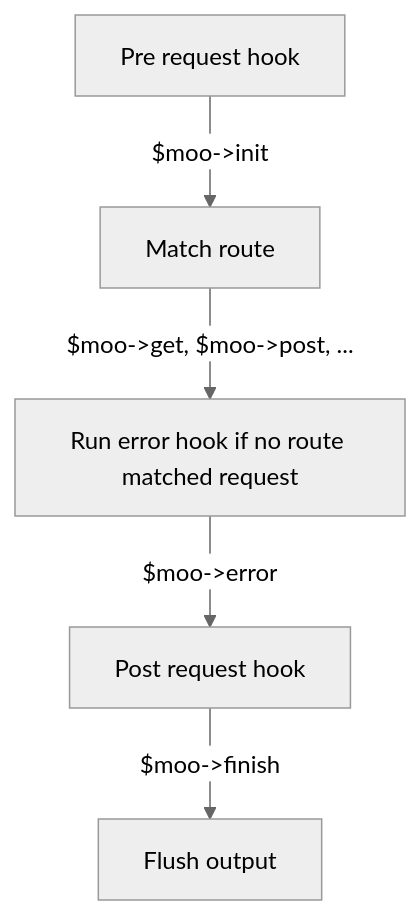
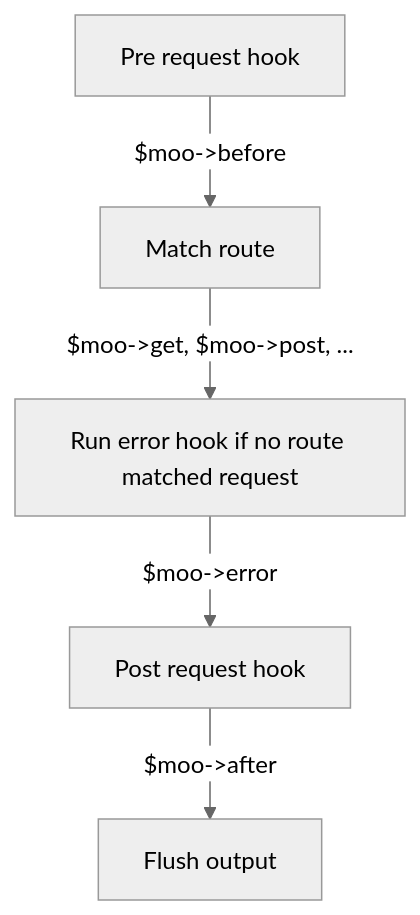
The diagram in README.md (loskoderos/moo), drawn with Mermaid (neutral theme) before and after one commit. The commit also changed other lines of this file and 3 other files, not shown here.

Commit message:
Refactor init -> before, finish -> after

````diff
--- a/README.md
+++ b/README.md
@@ -99,13 +99,13 @@
 ```mermaid
 
   flowchart TD
-    init["Pre request hook"]
+    before["Pre request hook"]
     dispatch["Match route"]
     error["Run error hook if no route matched request"]
-    finish["Post request hook"]
+    after["Post request hook"]
     flush["Flush output"]
-    init --> |$moo->init| dispatch
+    before --> |$moo->before| dispatch
     dispatch --> |$moo->get, $moo->post, ...| error
-    error --> |$moo->error| finish
-    finish --> |$moo->finish| flush
+    error --> |$moo->error| after
+    after --> |$moo->after| flush
 ```
````
